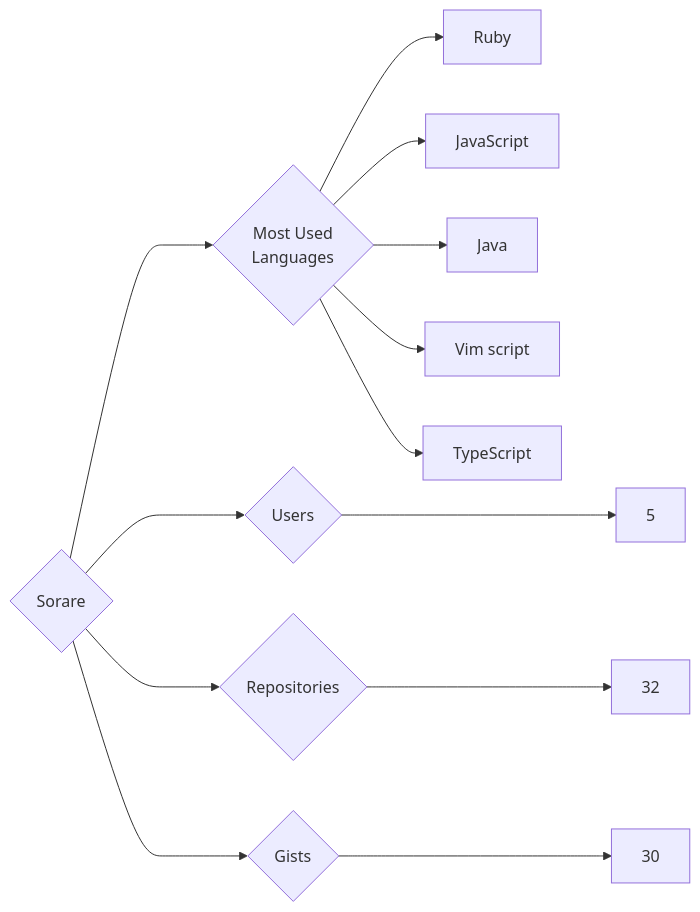
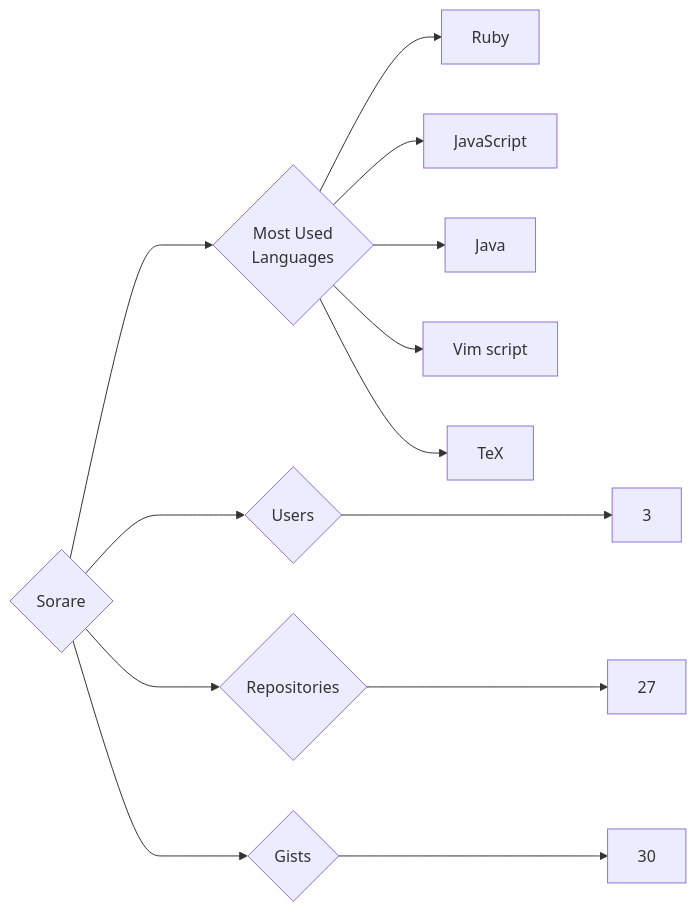
Before and after one commit to trickest/insiders: the diagram in targets/Sorare/README.md, drawn with Mermaid. The commit also changed 970 other files, not shown here.

````diff
--- a/targets/Sorare/README.md
+++ b/targets/Sorare/README.md
@@ -3,13 +3,13 @@
 ```mermaid
 graph LR
 COMPANY_NAME{Sorare}
-COMPANY_NAME ---> U{Users} ---> UN[5]
-COMPANY_NAME ---> R{Repositories} ---> RN[32]
+COMPANY_NAME ---> U{Users} ---> UN[3]
+COMPANY_NAME ---> R{Repositories} ---> RN[27]
 COMPANY_NAME ---> G{Gists} ---> GN[30]
 COMPANY_NAME ---> ML{Most Used<br>Languages}
 ML --> Ruby[Ruby]
 ML --> JavaScript[JavaScript]
 ML --> Java[Java]
 ML --> Vim_script[Vim script]
-ML --> TypeScript[TypeScript]
+ML --> TeX[TeX]
 ```
````
